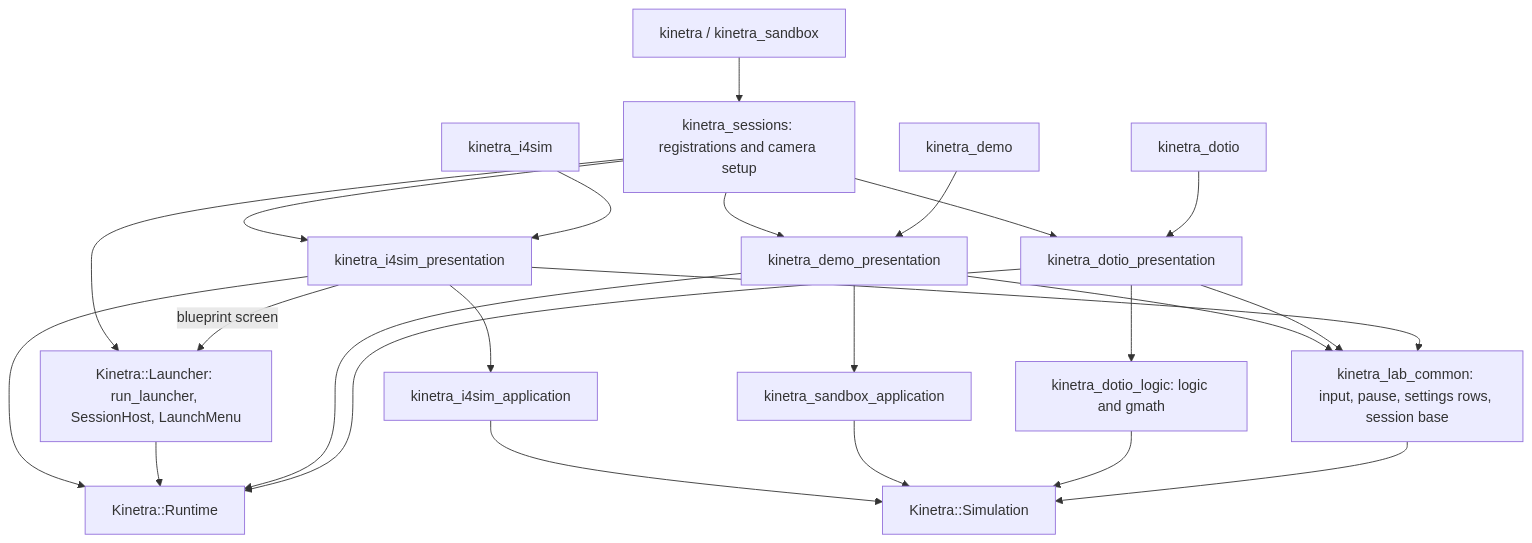
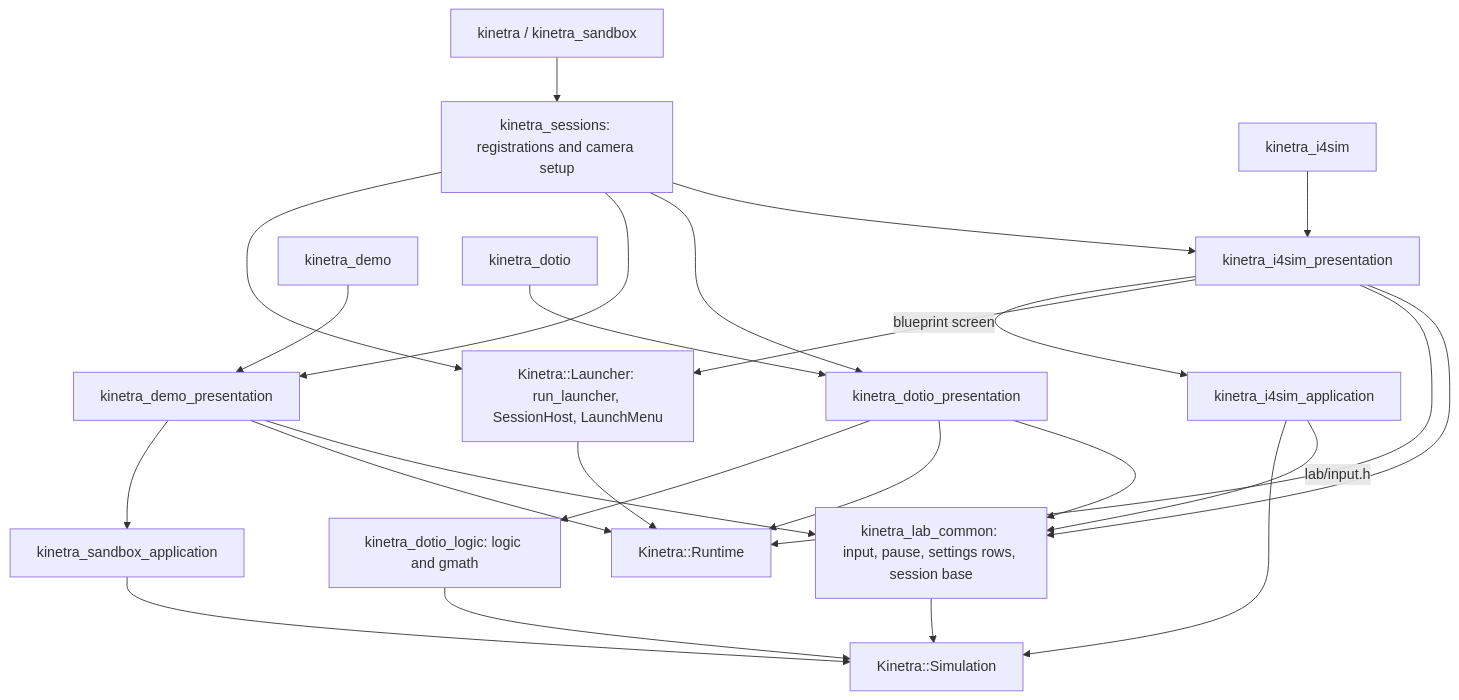
One commit to SMB-M87/Kinetra-Lab changed the first of 2 diagrams in docs/architecture.md. Above: the diagram before and after it, drawn with Mermaid. The commit also changed other lines of this file and 2 other files, not shown here.

````diff
--- a/docs/architecture.md
+++ b/docs/architecture.md
@@ -15,26 +15,27 @@
 ```mermaid
 flowchart TD
     Bundled[kinetra / kinetra_sandbox] --> Sessions[kinetra_sessions: registrations and camera setup]
     Sessions --> Launcher[Kinetra::Launcher: run_launcher, SessionHost, LaunchMenu]
     Sessions --> Demo[kinetra_demo_presentation]
     Sessions --> Dotio[kinetra_dotio_presentation]
     Sessions --> Factory[kinetra_i4sim_presentation]
     FactoryExe[kinetra_i4sim] --> Factory
     Factory --> FactoryLogic[kinetra_i4sim_application]
     Factory -->|blueprint screen| Launcher
     FactoryLogic --> Sim
     Factory --> Runtime
     DemoExe[kinetra_demo] --> Demo
     DotioExe[kinetra_dotio] --> Dotio
     Demo --> Sandbox[kinetra_sandbox_application]
     Dotio --> Logic[kinetra_dotio_logic: logic and gmath]
     Sandbox --> Sim[Kinetra::Simulation]
     Logic --> Sim
     Launcher --> Runtime[Kinetra::Runtime]
     Demo --> Runtime
     Dotio --> Runtime
     Demo --> Common[kinetra_lab_common: input, pause, settings rows, session base]
     Dotio --> Common
     Factory --> Common
+    FactoryLogic -->|lab/input.h| Common
     Common --> Sim
 ```
````
